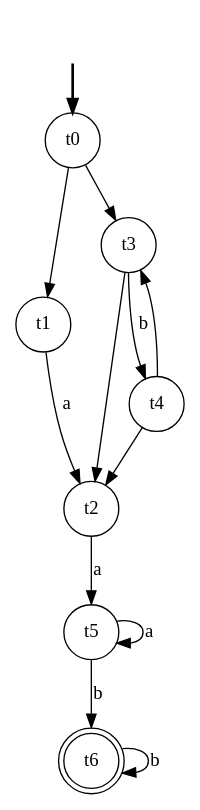
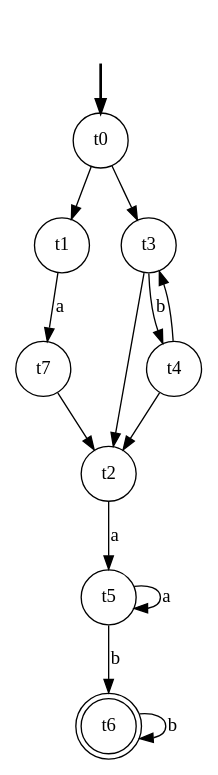
Before and after one commit to Raytr0/se3310assign2: the diagram in a2_q3.dot, drawn with Graphviz. The commit also changed 1 other file, not shown here.

```diff
--- a/a2_q3.dot
+++ b/a2_q3.dot
@@ -1,20 +1,21 @@
 digraph NFA {
     fake [style = invisible]
     t0 [root = true, shape = circle]
     fake -> t0 [style = bold]
 
     t6 [shape=doublecircle]
     node [shape = circle];
     t0 -> t1;
-    t1 -> t2 [label = "a"];
     t0 -> t3;
+    t1 -> t7 [label = "a"];
+    t7 -> t2 [label = ""];
     t3 -> t4 [label = "b"];
     t4 -> t3 [label = ""];
     t4 -> t2 [label = ""];
     t3 -> t2 [label = ""];
     t2 -> t5 [label = "a"];
     t5 -> t5 [label = "a"];
     t5 -> t6 [label = "b"];
     t6 -> t6 [label = "b"];
 
 }
```
